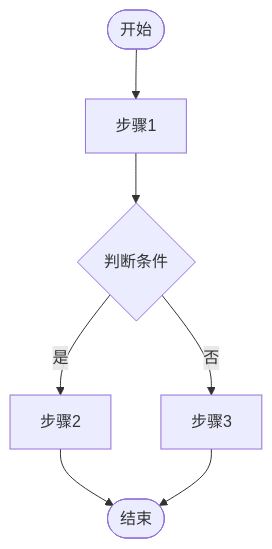
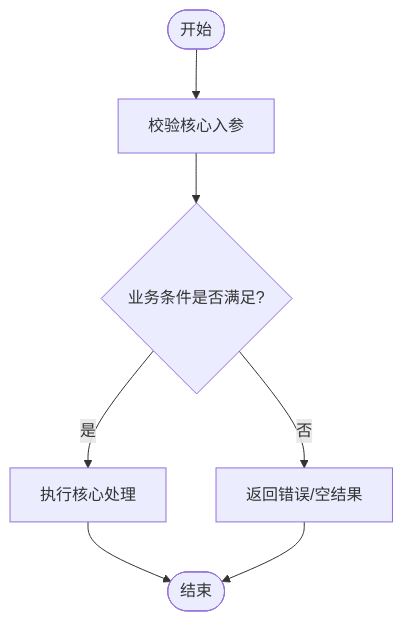
The diagram in skills/design-doc-required/template.md (exception-coder/team-standards), drawn with Mermaid before and after one commit. The commit also changed other lines of this file and 10 other files, not shown here.

````diff
--- a/skills/design-doc-required/template.md
+++ b/skills/design-doc-required/template.md
@@ -74,9 +51,9 @@
 ```mermaid
 flowchart TD
-    A([开始]) --> B[步骤1]
-    B --> C{判断条件}
-    C -->|是| D[步骤2]
-    C -->|否| E[步骤3]
-    D --> F([结束])
+    A(["开始"]) --> B["校验核心入参"]
+    B --> C{"业务条件是否满足?"}
+    C -->|"是"| D["执行核心处理"]
+    C -->|"否"| E["返回错误/空结果"]
+    D --> F(["结束"])
     E --> F
 ```
````
